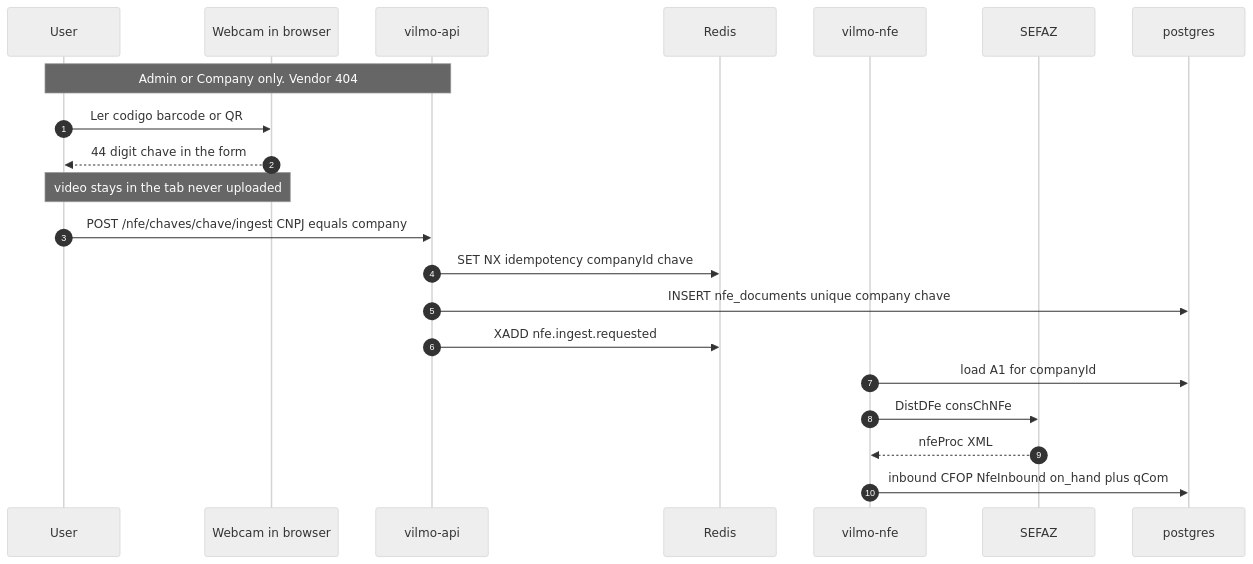
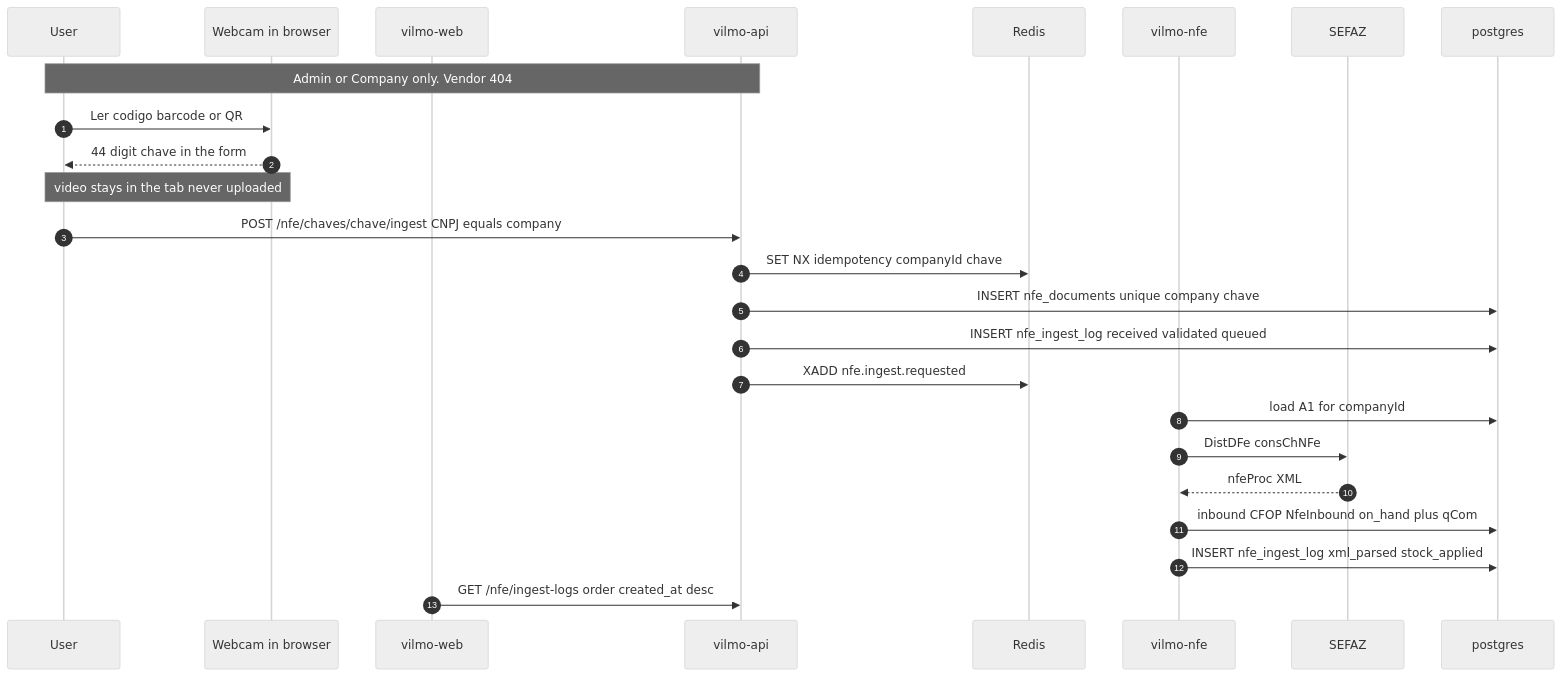
The diagram in MD/architecture/arch_06_seq_nfe_ingest.mmd (andrevilmo/VilmoMarketingEngine), drawn with Mermaid (neutral theme) before and after one commit. The commit also changed 5 other files, not shown here.

First line of the commit message:
Document NF-e ingest progress logs on Ingerir NF-e.

```diff
--- a/MD/architecture/arch_06_seq_nfe_ingest.mmd
+++ b/MD/architecture/arch_06_seq_nfe_ingest.mmd
@@ -1,22 +1,26 @@
 sequenceDiagram
   autonumber
   participant User
   participant Cam as Webcam in browser
+  participant Web as vilmo-web
   participant Api as vilmo-api
   participant Redis
   participant Nfe as vilmo-nfe
   participant Sefaz as SEFAZ
   participant Pg as postgres
 
   Note over User,Api: Admin or Company only. Vendor 404
   User->>Cam: Ler codigo barcode or QR
   Cam-->>User: 44 digit chave in the form
   Note over Cam,User: video stays in the tab never uploaded
   User->>Api: POST /nfe/chaves/chave/ingest CNPJ equals company
   Api->>Redis: SET NX idempotency companyId chave
   Api->>Pg: INSERT nfe_documents unique company chave
+  Api->>Pg: INSERT nfe_ingest_log received validated queued
   Api->>Redis: XADD nfe.ingest.requested
   Nfe->>Pg: load A1 for companyId
   Nfe->>Sefaz: DistDFe consChNFe
   Sefaz-->>Nfe: nfeProc XML
   Nfe->>Pg: inbound CFOP NfeInbound on_hand plus qCom
+  Nfe->>Pg: INSERT nfe_ingest_log xml_parsed stock_applied
+  Web->>Api: GET /nfe/ingest-logs order created_at desc
```
